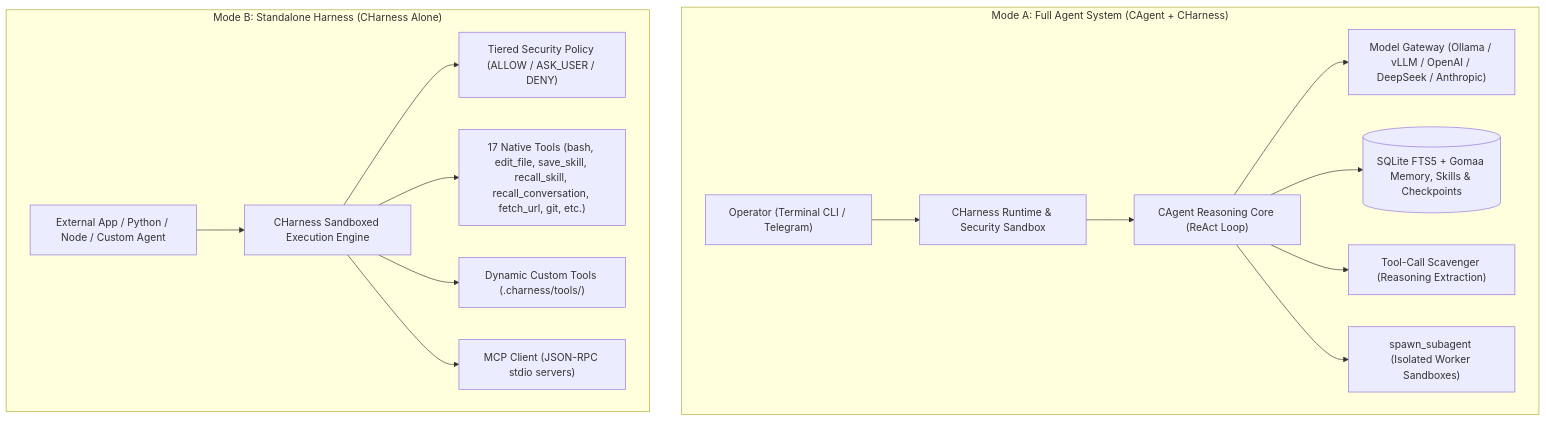
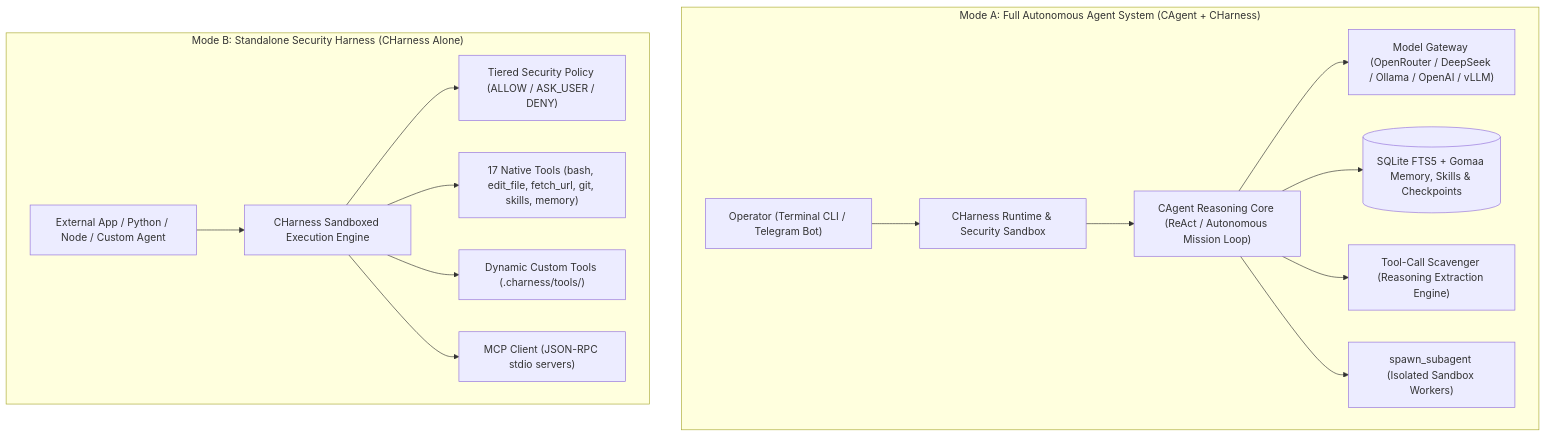
Before and after one commit to M4F-S/Belya: the first of 2 diagrams in README.md, drawn with Mermaid. The commit also changed other lines of this file, not shown here.

Commit message:
docs: comprehensive Evolution 4.0 showcase, architecture, installation, and tool suite guide

````diff
--- a/README.md
+++ b/README.md
@@ -16,19 +41,19 @@
 ```mermaid
 graph TD
-    subgraph "Mode A: Full Agent System (CAgent + CHarness)"
-        User["Operator (Terminal CLI / Telegram)"] --> H["CHarness Runtime & Security Sandbox"]
-        H --> A["CAgent Reasoning Core (ReAct Loop)"]
-        A --> GW["Model Gateway (Ollama / vLLM / OpenAI / DeepSeek / Anthropic)"]
+    subgraph "Mode A: Full Autonomous Agent System (CAgent + CHarness)"
+        User["Operator (Terminal CLI / Telegram Bot)"] --> H["CHarness Runtime & Security Sandbox"]
+        H --> A["CAgent Reasoning Core (ReAct / Autonomous Mission Loop)"]
+        A --> GW["Model Gateway (OpenRouter / DeepSeek / Ollama / OpenAI / vLLM)"]
         A --> DB[("SQLite FTS5 + Gomaa Memory, Skills & Checkpoints")]
-        A --> SCAV["Tool-Call Scavenger (Reasoning Extraction)"]
-        A --> SUB["spawn_subagent (Isolated Worker Sandboxes)"]
+        A --> SCAV["Tool-Call Scavenger (Reasoning Extraction Engine)"]
+        A --> SUB["spawn_subagent (Isolated Sandbox Workers)"]
     end
 
-    subgraph "Mode B: Standalone Harness (CHarness Alone)"
+    subgraph "Mode B: Standalone Security Harness (CHarness Alone)"
         Ext["External App / Python / Node / Custom Agent"] --> H2["CHarness Sandboxed Execution Engine"]
         H2 --> SEC["Tiered Security Policy (ALLOW / ASK_USER / DENY)"]
-        H2 --> T1["17 Native Tools (bash, edit_file, save_skill, recall_skill, recall_conversation, fetch_url, git, etc.)"]
+        H2 --> T1["17 Native Tools (bash, edit_file, fetch_url, git, skills, memory)"]
         H2 --> T2["Dynamic Custom Tools (.charness/tools/)"]
         H2 --> T3["MCP Client (JSON-RPC stdio servers)"]
     end
 ```
````
